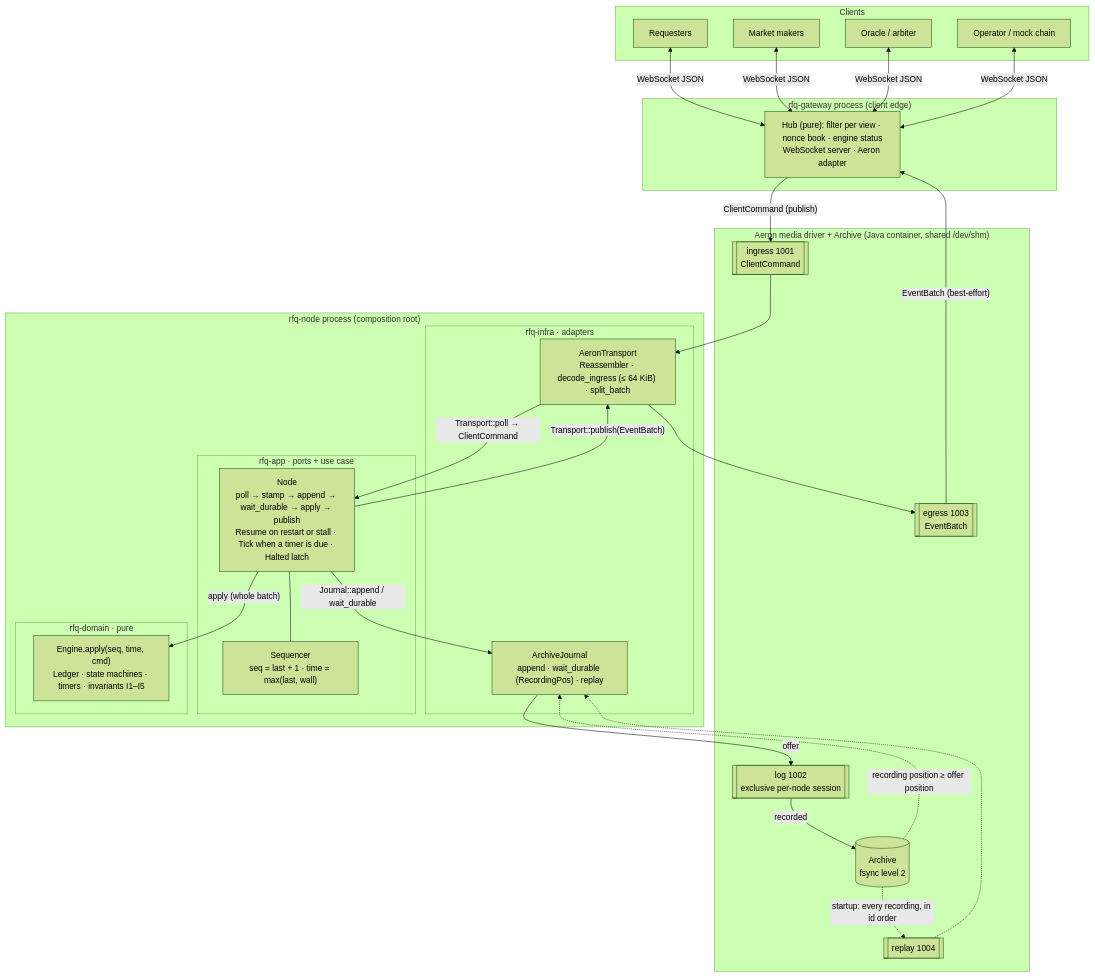
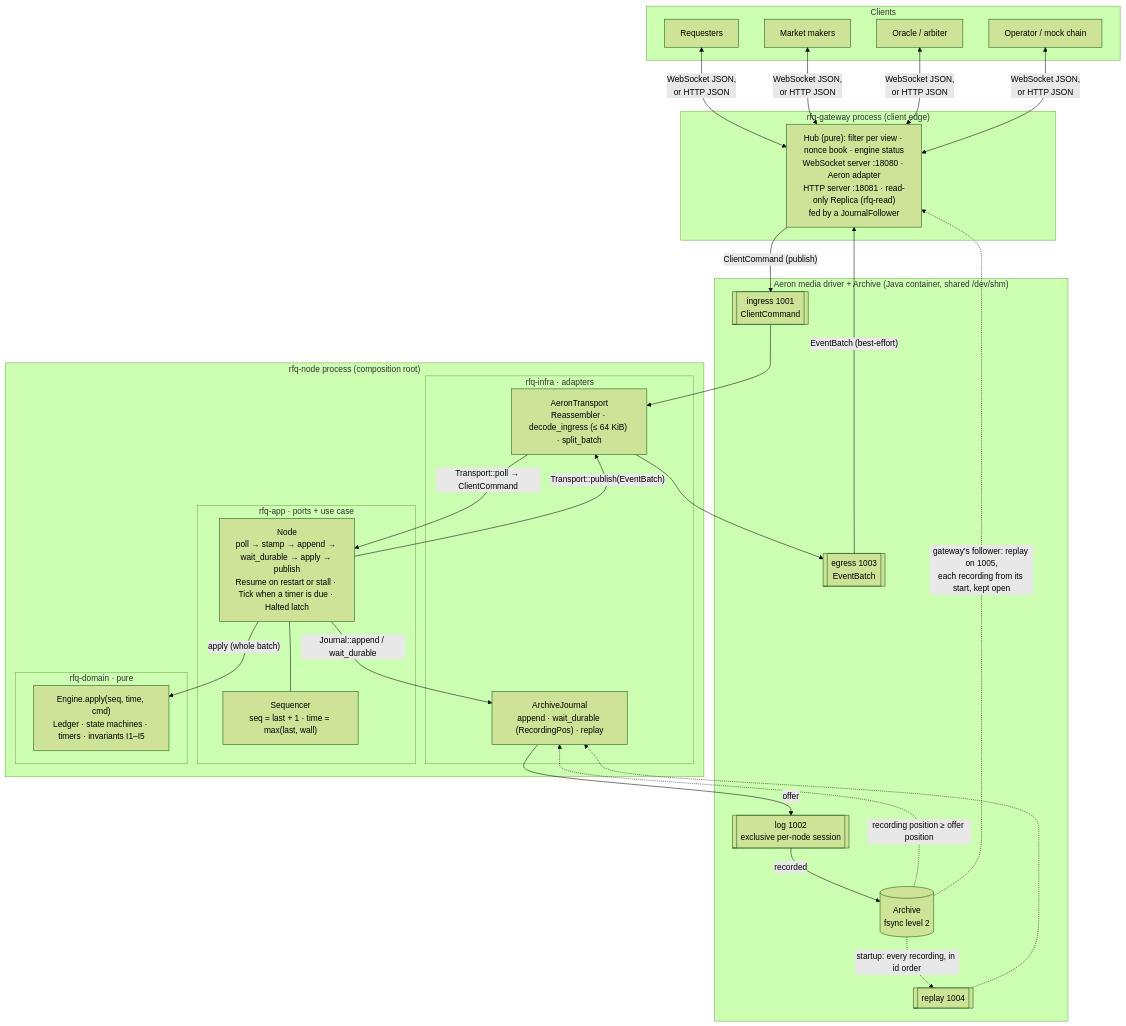
The second of 8 diagrams in docs/architecture/overview.md (hmdsefi/rfq), drawn with Mermaid (forest theme) before and after one commit. The commit also changed other lines of this file and 9 other files, not shown here.

Commit message:
docs: the read side and HTTP API in the README, architecture and specs

````diff
--- a/docs/architecture/overview.md
+++ b/docs/architecture/overview.md
@@ -36,47 +39,48 @@
 ```mermaid
 flowchart TB
   subgraph CL[Clients]
     R[Requesters]
     M[Market makers]
     O[Oracle / arbiter]
     OP[Operator / mock chain]
   end
   subgraph DRV["Aeron media driver + Archive (Java container, shared /dev/shm)"]
     ING[["ingress 1001<br/>ClientCommand"]]
     EGR[["egress 1003<br/>EventBatch"]]
     LOG[["log 1002<br/>exclusive per-node session"]]
     ARC[("Archive<br/>fsync level 2")]
     RPL[["replay 1004"]]
   end
   subgraph NODE["rfq-node process (composition root)"]
     subgraph INFRA["rfq-infra · adapters"]
       AT["AeronTransport<br/>Reassembler · decode_ingress (≤ 64 KiB) · split_batch"]
       AJ["ArchiveJournal<br/>append · wait_durable (RecordingPos) · replay"]
     end
     subgraph APP["rfq-app · ports + use case"]
       N["Node<br/>poll → stamp → append → wait_durable → apply → publish<br/>Resume on restart or stall · Tick when a timer is due · Halted latch"]
       S["Sequencer<br/>seq = last + 1 · time = max(last, wall)"]
     end
     subgraph DOM["rfq-domain · pure"]
       E["Engine.apply(seq, time, cmd)<br/>Ledger · state machines · timers · invariants I1–I5"]
     end
   end
   subgraph GWP["rfq-gateway process (client edge)"]
-    GW["Hub (pure): filter per view · nonce book · engine status<br/>WebSocket server · Aeron adapter"]
+    GW["Hub (pure): filter per view · nonce book · engine status<br/>WebSocket server :18080 · Aeron adapter<br/>HTTP server :18081 · read-only Replica (rfq-read)<br/>fed by a JournalFollower"]
   end
-  R & M & O & OP <-->|"WebSocket JSON"| GW
+  R & M & O & OP <-->|"WebSocket JSON,<br/>or HTTP JSON"| GW
   GW -->|"ClientCommand (publish)"| ING
   EGR -->|"EventBatch (best-effort)"| GW
   ING --> AT
   AT -->|"Transport::poll → ClientCommand"| N
   N --- S
   N -->|"Journal::append / wait_durable"| AJ
   AJ -->|offer| LOG
   LOG -->|recorded| ARC
   ARC -. "recording position ≥ offer position" .-> AJ
   N -->|"apply (whole batch)"| E
   N -->|"Transport::publish(EventBatch)"| AT
   AT --> EGR
   ARC -. "startup: every recording, in id order" .-> RPL
   RPL -.-> AJ
+  ARC -. "gateway's follower: replay on 1005,<br/>each recording from its start, kept open" .-> GW
 ```
````
